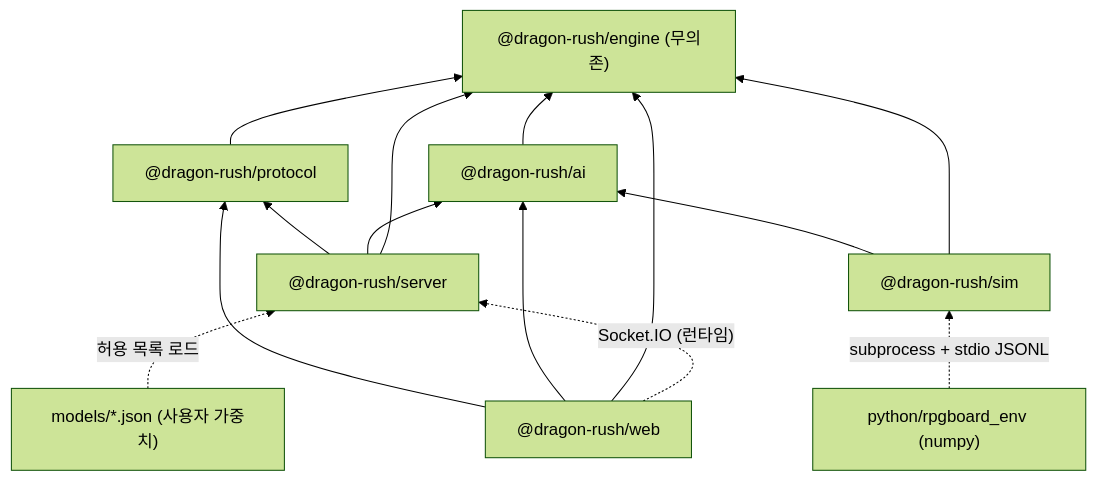
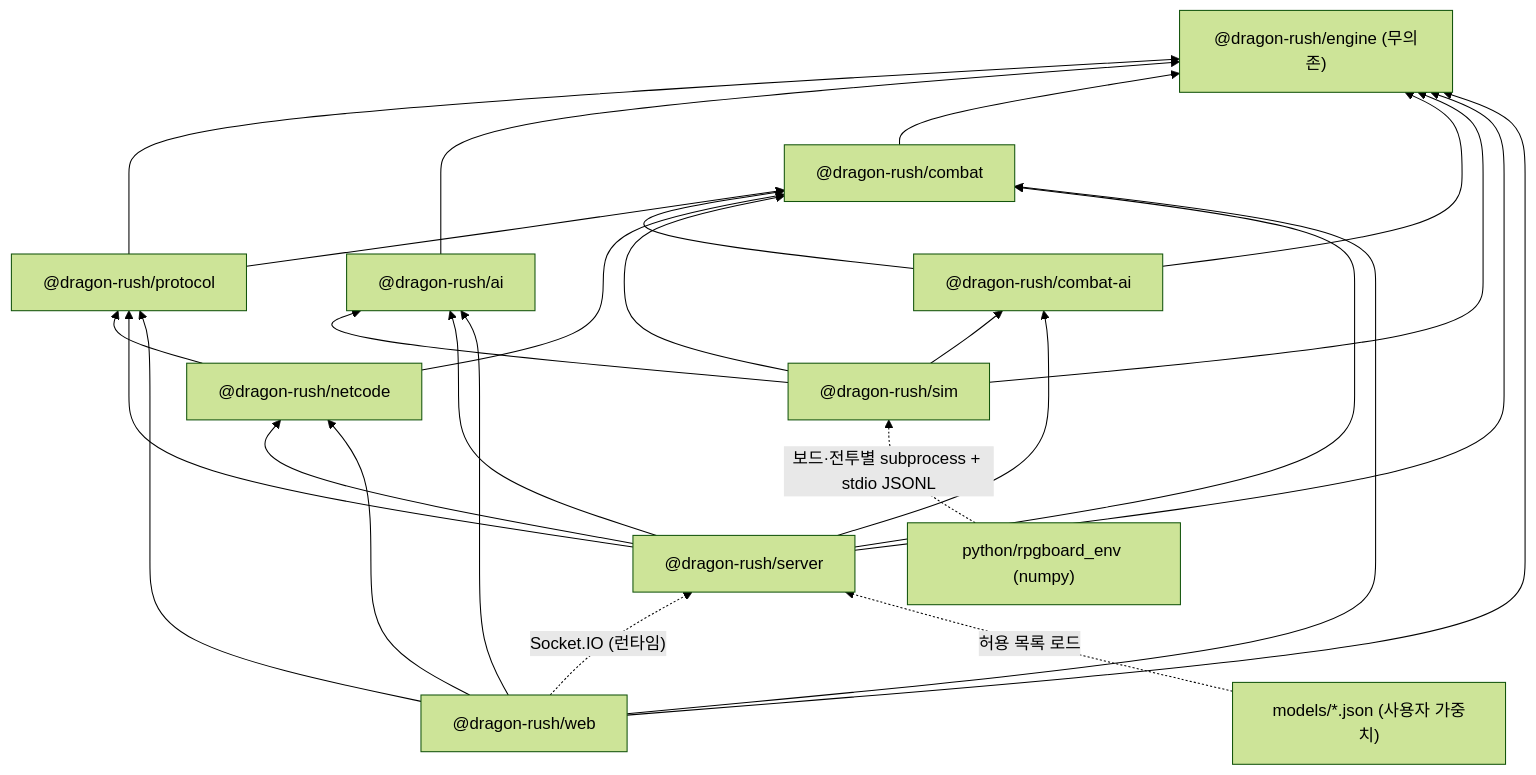
Before and after one commit to KR-penguin/Dragon-Rush: the first of 3 diagrams in docs/architecture.md, drawn with Mermaid (forest theme). The commit also changed other lines of this file, not shown here.

First line of the commit message:
docs(docs): align architecture with combat and outcome flows

````diff
--- a/docs/architecture.md
+++ b/docs/architecture.md
@@ -30,12 +33,16 @@
 ```mermaid
 flowchart BT
   engine["@dragon-rush/engine (무의존)"]
   protocol["@dragon-rush/protocol"] --> engine
+  protocol --> combat
   ai["@dragon-rush/ai"] --> engine
-  sim["@dragon-rush/sim"] --> ai & engine
-  server["@dragon-rush/server"] --> protocol & ai & engine
-  web["@dragon-rush/web"] --> protocol & ai & engine
+  combat["@dragon-rush/combat"] --> engine
+  combatAi["@dragon-rush/combat-ai"] --> combat & engine
+  netcode["@dragon-rush/netcode"] --> combat & protocol
+  sim["@dragon-rush/sim"] --> ai & engine & combat & combatAi
+  server["@dragon-rush/server"] --> protocol & ai & engine & combat & combatAi & netcode
+  web["@dragon-rush/web"] --> protocol & ai & engine & combat & netcode
   web -.->|"Socket.IO (런타임)"| server
-  py["python/rpgboard_env (numpy)"] -.->|"subprocess + stdio JSONL"| sim
+  py["python/rpgboard_env (numpy)"] -.->|"보드·전투별 subprocess + stdio JSONL"| sim
   models["models/*.json (사용자 가중치)"] -.->|"허용 목록 로드"| server
 ```
````
